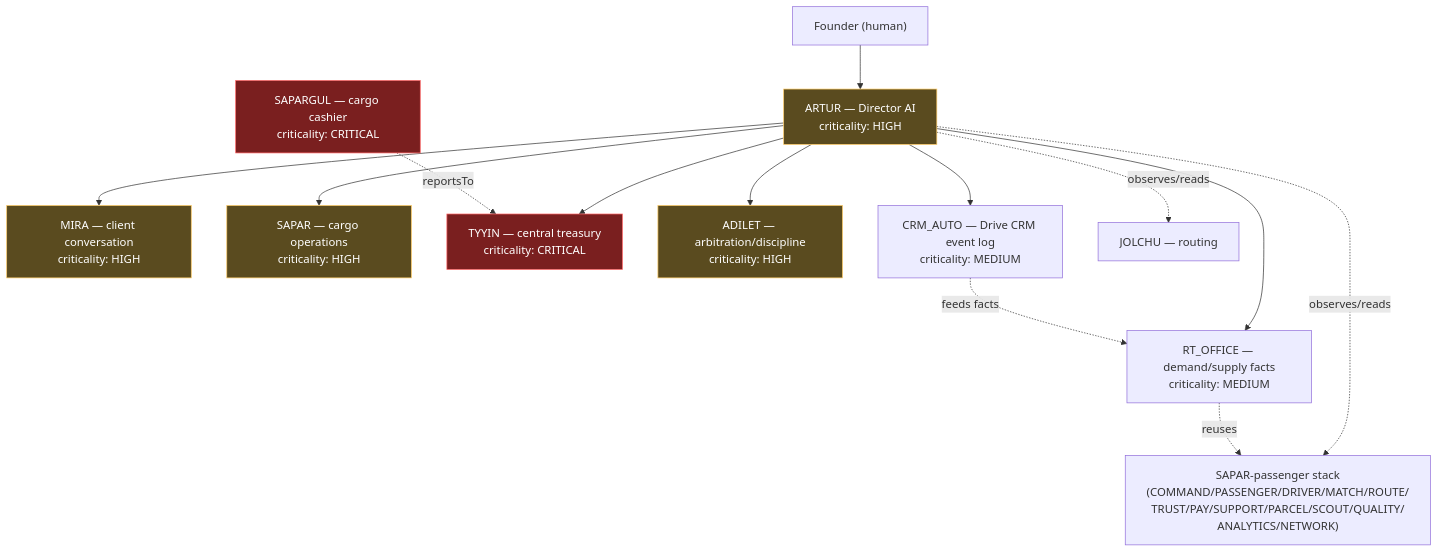
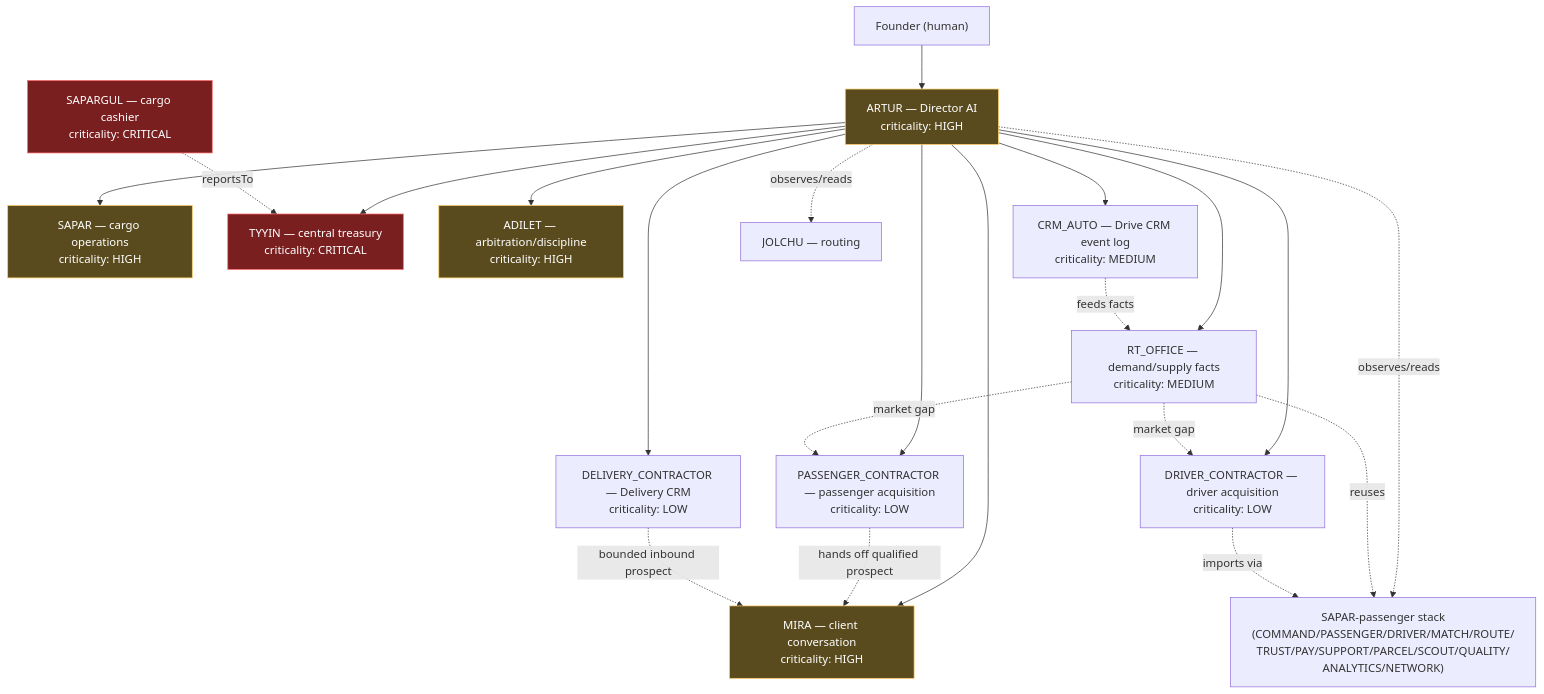
The diagram in docs/RT_ORGANIZATION.md (avtohimzavod2-sudo/regional-trans-rt), drawn with Mermaid before and after one commit. The commit also changed other lines of this file and 38 other files, not shown here.

````diff
--- a/docs/RT_ORGANIZATION.md
+++ b/docs/RT_ORGANIZATION.md
@@ -11,37 +11,48 @@
 ```mermaid
 graph TD
     FOUNDER["Founder (human)"]
     ARTUR["ARTUR — Director AI\ncriticality: HIGH"]
 
     FOUNDER --> ARTUR
 
     MIRA["MIRA — client conversation\ncriticality: HIGH"]
     SAPAR["SAPAR — cargo operations\ncriticality: HIGH"]
     SAPARGUL["SAPARGUL — cargo cashier\ncriticality: CRITICAL"]
     TYYIN["TYYIN — central treasury\ncriticality: CRITICAL"]
     ADILET["ADILET — arbitration/discipline\ncriticality: HIGH"]
     RTOFFICE["RT_OFFICE — demand/supply facts\ncriticality: MEDIUM"]
     CRMAUTO["CRM_AUTO — Drive CRM event log\ncriticality: MEDIUM"]
+    DRIVERC["DRIVER_CONTRACTOR — driver acquisition\ncriticality: LOW"]
+    PASSC["PASSENGER_CONTRACTOR — passenger acquisition\ncriticality: LOW"]
+    DELIVC["DELIVERY_CONTRACTOR — Delivery CRM\ncriticality: LOW"]
 
     ARTUR --> MIRA
     ARTUR --> SAPAR
     ARTUR --> TYYIN
     ARTUR --> ADILET
     ARTUR --> RTOFFICE
     ARTUR --> CRMAUTO
+    ARTUR --> DRIVERC
+    ARTUR --> PASSC
+    ARTUR --> DELIVC
 
     SAPARGUL -. reportsTo .-> TYYIN
 
     JOLCHU["JOLCHU — routing"]
     SAPARP["SAPAR-passenger stack\n(COMMAND/PASSENGER/DRIVER/MATCH/ROUTE/\nTRUST/PAY/SUPPORT/PARCEL/SCOUT/QUALITY/\nANALYTICS/NETWORK)"]
 
     ARTUR -.observes/reads.-> JOLCHU
     ARTUR -.observes/reads.-> SAPARP
     RTOFFICE -.reuses.-> SAPARP
     CRMAUTO -.feeds facts.-> RTOFFICE
+    RTOFFICE -.market gap.-> DRIVERC
+    RTOFFICE -.market gap.-> PASSC
+    DRIVERC -.imports via.-> SAPARP
+    PASSC -.hands off qualified prospect.-> MIRA
+    DELIVC -.bounded inbound prospect.-> MIRA
 
     classDef critical fill:#7a1f1f,stroke:#f66,color:#fff;
     classDef high fill:#5a4b1f,stroke:#fc6,color:#fff;
     class SAPARGUL,TYYIN critical;
     class ARTUR,MIRA,SAPAR,ADILET high;
 ```
````
